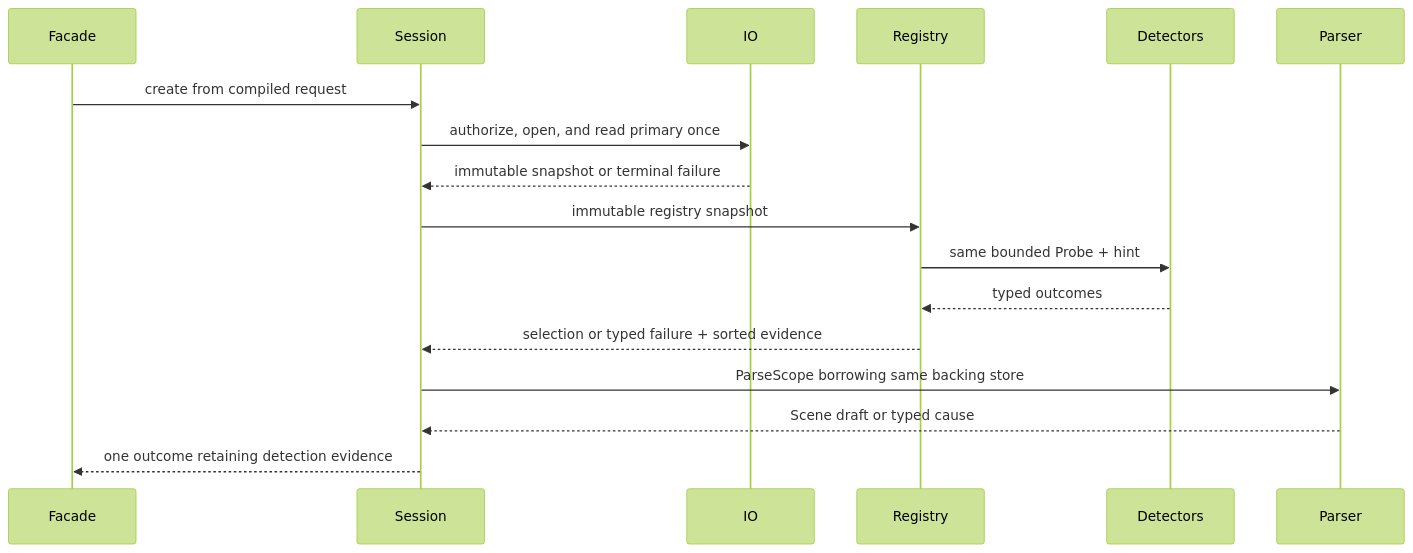
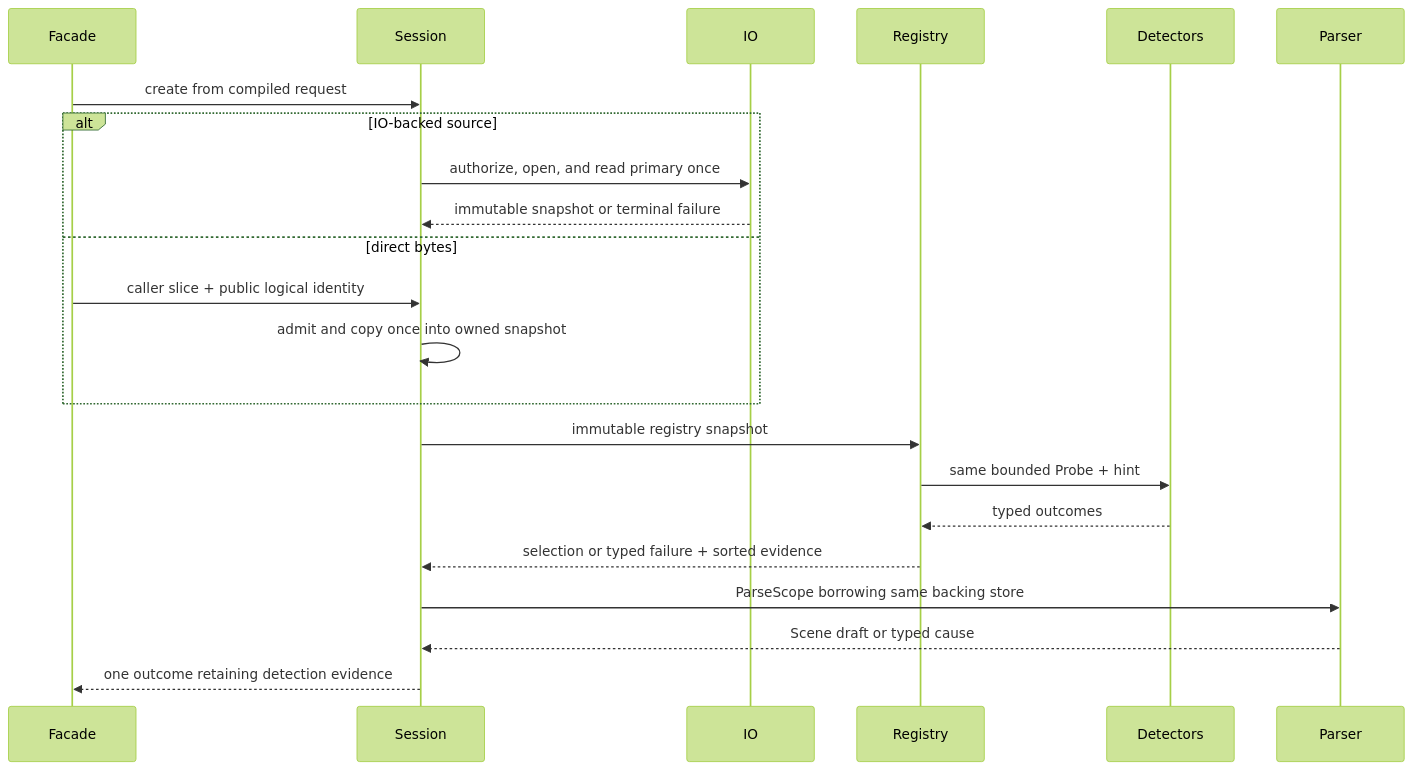
Before and after one commit to Latias94/baozi: the diagram in docs/adr/0029-format-detection-stable-input-and-failure-contract.md, drawn with Mermaid (forest theme). The commit also changed other lines of this file and 32 other files, not shown here.

First line of the commit message:
feat(architecture): enforce canonical ADR governance

````diff
--- a/docs/adr/0029-format-detection-stable-input-and-failure-contract.md
+++ b/docs/adr/0029-format-detection-stable-input-and-failure-contract.md
@@ -128,20 +152,25 @@
 ```mermaid
 sequenceDiagram
     participant Facade
     participant Session
     participant IO
     participant Registry
     participant Detectors
     participant Parser
 
     Facade->>Session: create from compiled request
-    Session->>IO: authorize, open, and read primary once
-    IO-->>Session: immutable snapshot or terminal failure
+    alt IO-backed source
+        Session->>IO: authorize, open, and read primary once
+        IO-->>Session: immutable snapshot or terminal failure
+    else direct bytes
+        Facade->>Session: caller slice + public logical identity
+        Session->>Session: admit and copy once into owned snapshot
+    end
     Session->>Registry: immutable registry snapshot
     Registry->>Detectors: same bounded Probe + hint
     Detectors-->>Registry: typed outcomes
     Registry-->>Session: selection or typed failure + sorted evidence
     Session->>Parser: ParseScope borrowing same backing store
     Parser-->>Session: Scene draft or typed cause
     Session-->>Facade: one outcome retaining detection evidence
 ```
````
